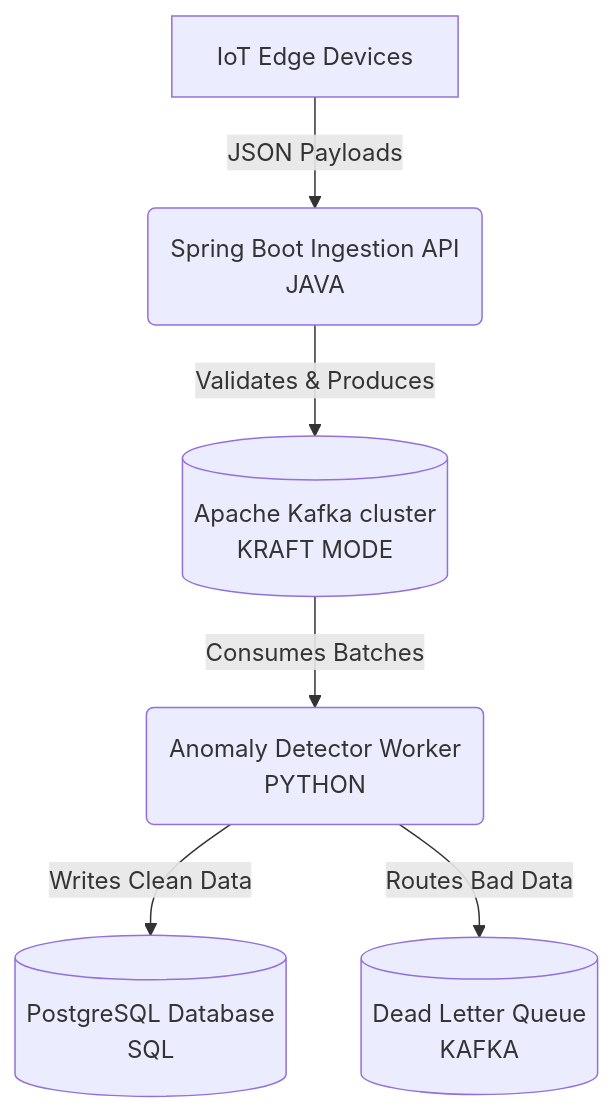
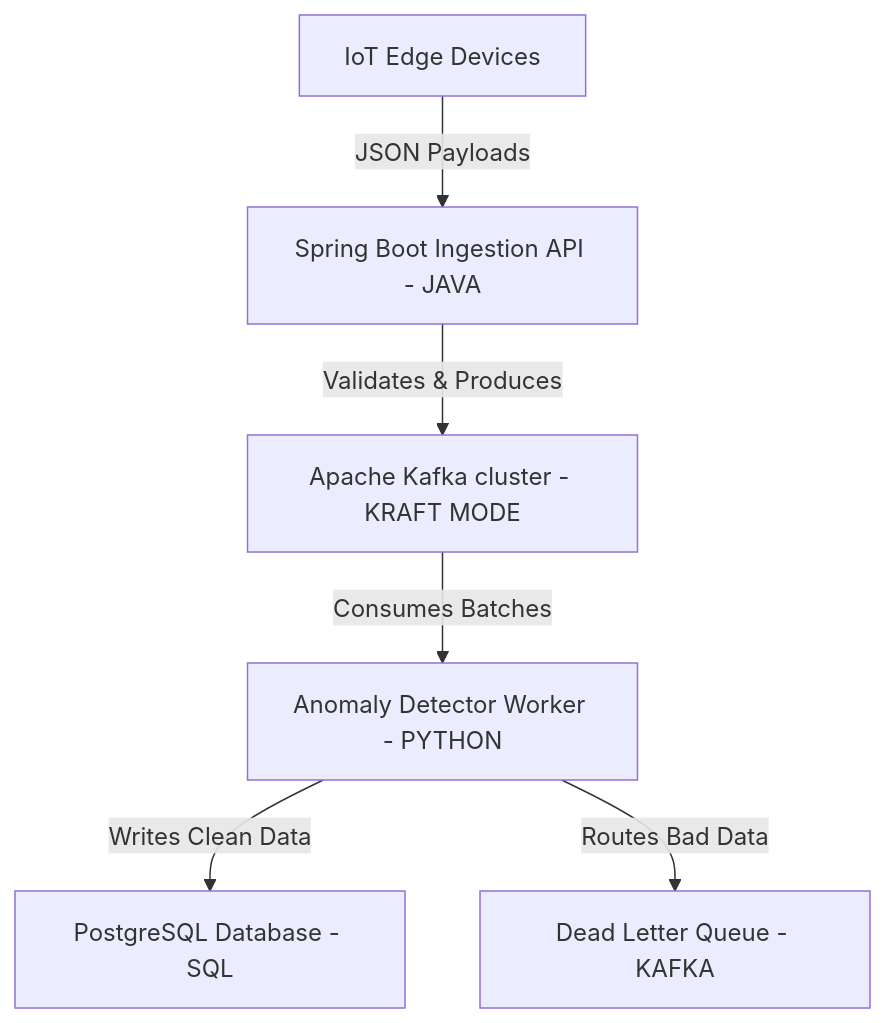
One commit to DevangML/eventpulse changed the diagram in README.md. Above: the diagram before and after it, drawn with Mermaid.

Commit message:
fix: use simplest mermaid syntax for ultimate IDE compatibility

````diff
--- a/README.md
+++ b/README.md
@@ -16,8 +16,8 @@
 ```mermaid
 graph TD
-    A[IoT Edge Devices] -->|JSON Payloads| B(Spring Boot Ingestion API<br/>JAVA)
-    B -->|Validates & Produces| C[(Apache Kafka cluster<br/>KRAFT MODE)]
-    C -->|Consumes Batches| D(Anomaly Detector Worker<br/>PYTHON)
-    D -->|Writes Clean Data| E[(PostgreSQL Database<br/>SQL)]
-    D -->|Routes Bad Data| F[(Dead Letter Queue<br/>KAFKA)]
+    A[IoT Edge Devices] -->|JSON Payloads| B[Spring Boot Ingestion API - JAVA]
+    B -->|Validates & Produces| C[Apache Kafka cluster - KRAFT MODE]
+    C -->|Consumes Batches| D[Anomaly Detector Worker - PYTHON]
+    D -->|Writes Clean Data| E[PostgreSQL Database - SQL]
+    D -->|Routes Bad Data| F[Dead Letter Queue - KAFKA]
 ```
````
